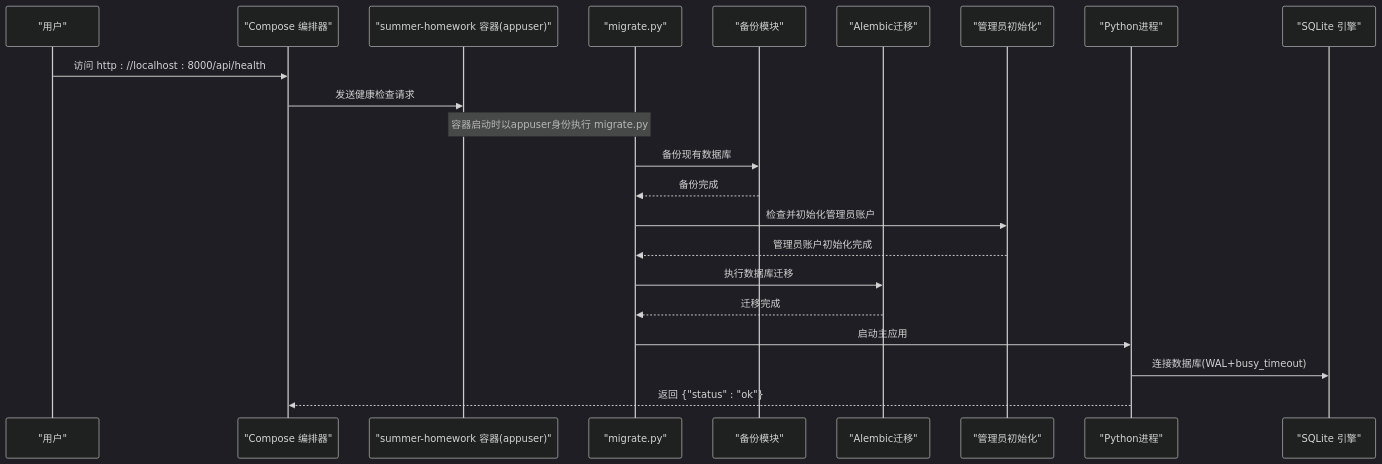
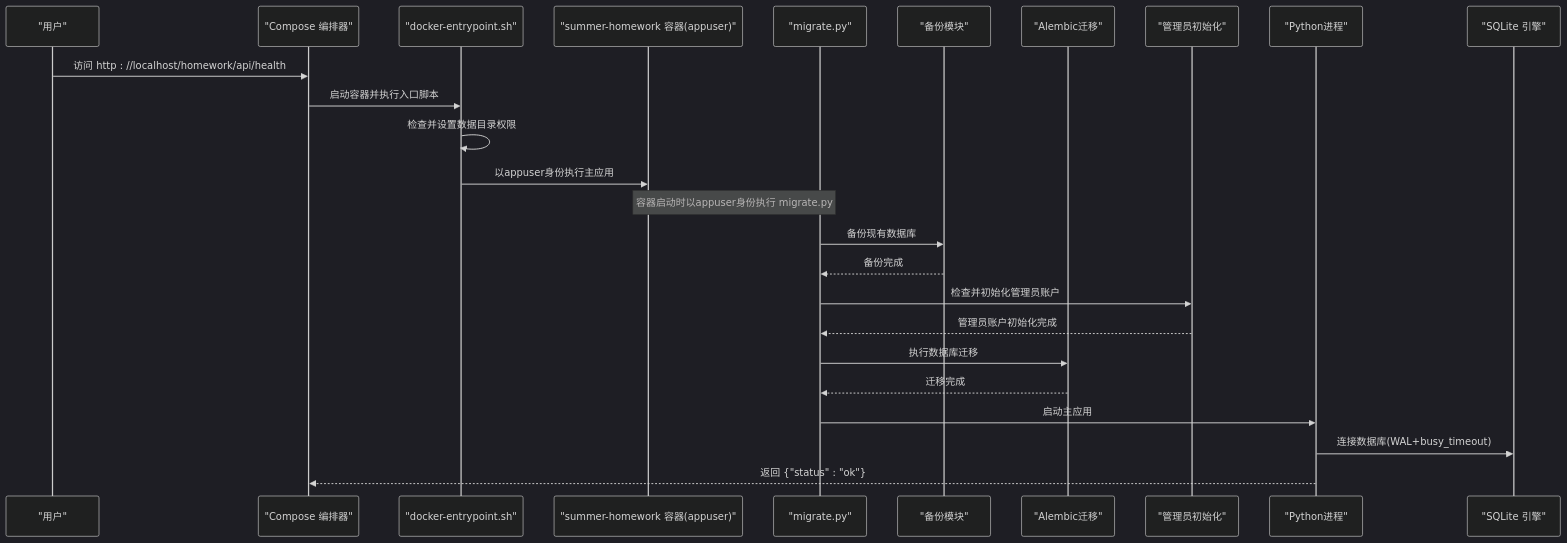
The fourth of 6 diagrams in .qoder/repowiki/zh/content/部署与运维指南/Docker容器化部署.md (onebody/homework), drawn with Mermaid (dark theme) before and after one commit. The commit also changed other lines of this file and 6 other files, not shown here.

````diff
--- a/.qoder/repowiki/zh/content/部署与运维指南/Docker容器化部署.md
+++ b/.qoder/repowiki/zh/content/部署与运维指南/Docker容器化部署.md
@@ -214,24 +304,27 @@
 ```mermaid
 sequenceDiagram
 participant U as "用户"
 participant C as "Compose 编排器"
+participant E as "docker-entrypoint.sh"
 participant S as "summer-homework 容器(appuser)"
 participant M as "migrate.py"
 participant B as "备份模块"
 participant A as "Alembic迁移"
 participant AI as "管理员初始化"
 participant P as "Python进程"
 participant D as "SQLite 引擎"
-U->>C : 访问 http : //localhost : 8000/api/health
-C->>S : 发送健康检查请求
+U->>C : 访问 http : //localhost/homework/api/health
+C->>E : 启动容器并执行入口脚本
+E->>E : 检查并设置数据目录权限
+E->>S : 以appuser身份执行主应用
 Note over S,M : 容器启动时以appuser身份执行 migrate.py
 M->>B : 备份现有数据库
 B-->>M : 备份完成
 M->>AI : 检查并初始化管理员账户
 AI-->>M : 管理员账户初始化完成
 M->>A : 执行数据库迁移
 A-->>M : 迁移完成
 M->>P : 启动主应用
 P->>D : 连接数据库(WAL+busy_timeout)
 P-->>C : 返回 {"status" : "ok"}
 ```
````
